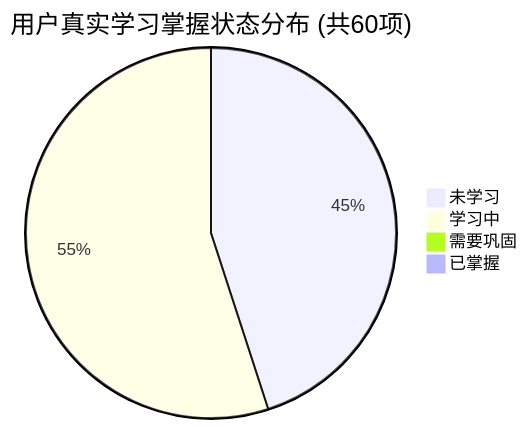
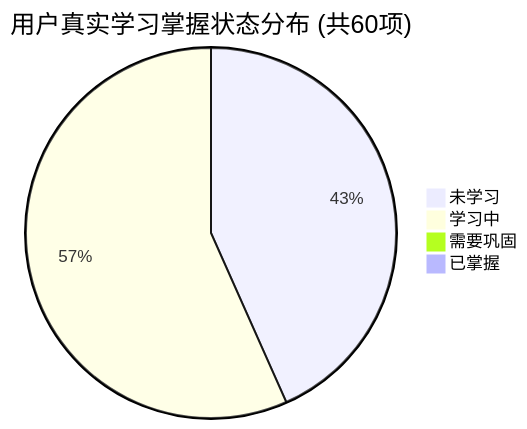
Before and after one commit to tieke1121/tech-interview-knowledge-base: the first of 2 diagrams in PROGRESS.md, drawn with Mermaid. The commit also changed other lines of this file and 1 other file, not shown here.

````diff
--- a/PROGRESS.md
+++ b/PROGRESS.md
@@ -27,7 +27,7 @@
 ```mermaid
 pie title 用户真实学习掌握状态分布 (共60项)
-    "未学习" : 27
-    "学习中" : 33
+    "未学习" : 26
+    "学习中" : 34
     "需要巩固" : 0
     "已掌握" : 0
 ```
````
